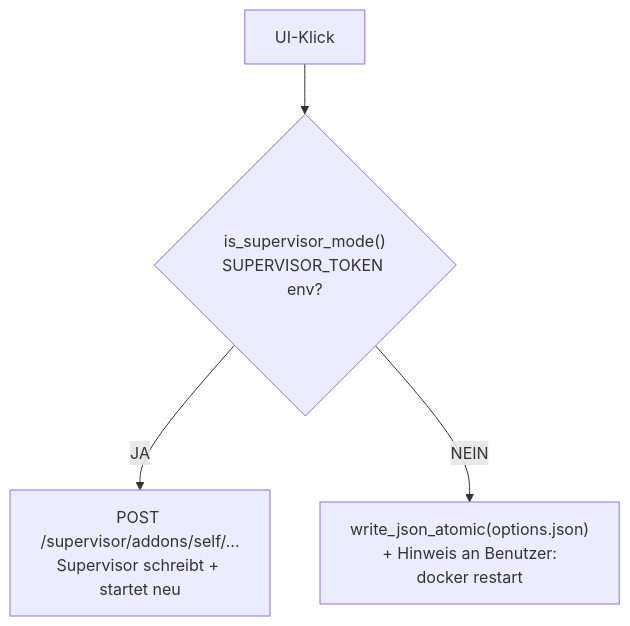
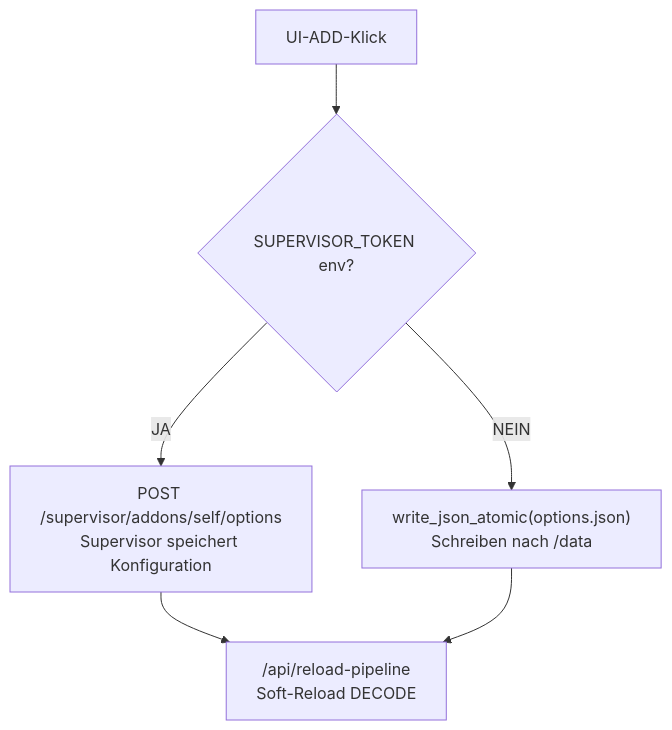
Before and after one commit to Kustonium/homeassistant-wmbus-mqtt-bridge: the sixth of 7 diagrams in docs/README.de.md, drawn with Mermaid. The commit also changed other lines of this file and 6 other files, not shown here.

````diff
--- a/docs/README.de.md
+++ b/docs/README.de.md
@@ -672,6 +651,8 @@
 ```mermaid
 flowchart TD
-  A["UI-Klick"] --> B{"is_supervisor_mode()<br/>SUPERVISOR_TOKEN env?"}
-  B -- "JA" --> C["POST /supervisor/addons/self/...<br/>Supervisor schreibt + startet neu"]
-  B -- "NEIN" --> D["write_json_atomic(options.json)<br/>+ Hinweis an Benutzer:<br/>docker restart"]
+  A["UI-ADD-Klick"] --> B{"SUPERVISOR_TOKEN env?"}
+  B -- "JA" --> C["POST /supervisor/addons/self/options<br/>Supervisor speichert Konfiguration"]
+  B -- "NEIN" --> D["write_json_atomic(options.json)<br/>Schreiben nach /data"]
+  C --> E["/api/reload-pipeline<br/>Soft-Reload DECODE"]
+  D --> E
 ```
````
